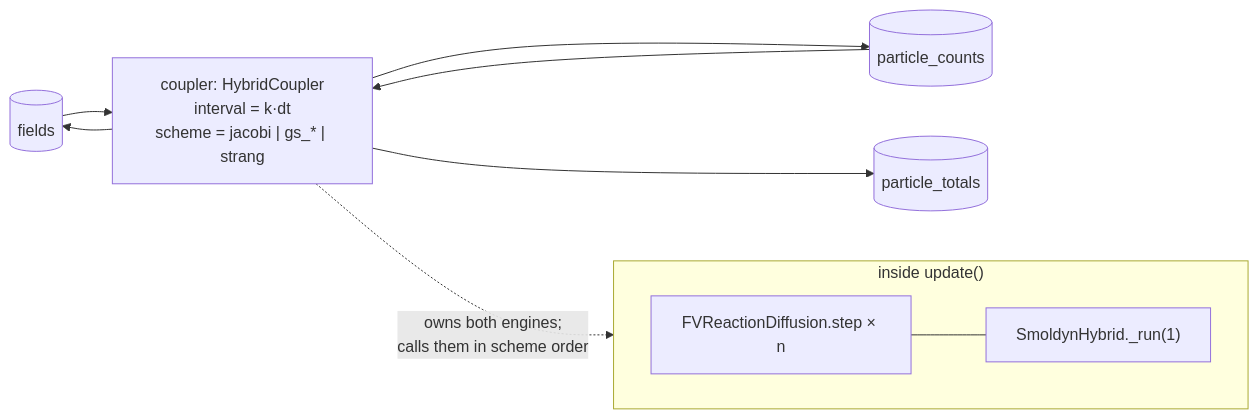
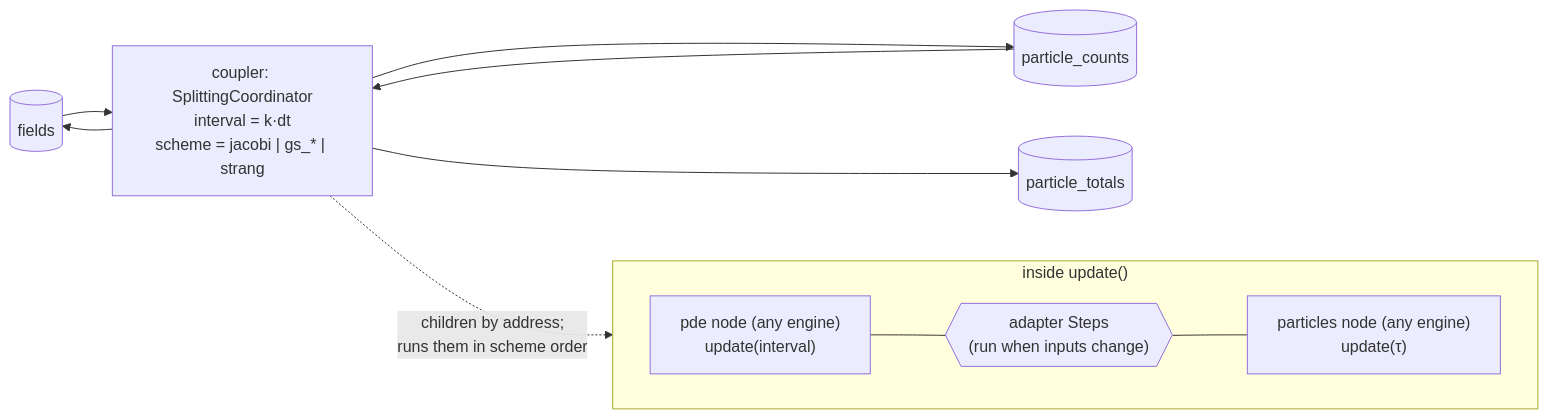
The third of 7 diagrams in docs/DESIGN.md (vivarium-collective/viva-pde-particle), drawn with Mermaid before and after one commit. The commit also changed other lines of this file and 12 other files, not shown here.

First line of the commit message:
feat(phase7d): generic SplittingCoordinator replaces HybridCoupler

````diff
--- a/docs/DESIGN.md
+++ b/docs/DESIGN.md
@@ -404,14 +411,14 @@
 ```mermaid
 flowchart LR
   F[("fields")] --> HC
   C[("particle_counts")] --> HC
-  HC["coupler: HybridCoupler<br/>interval = k·dt<br/>scheme = jacobi | gs_* | strang"]
+  HC["coupler: SplittingCoordinator<br/>interval = k·dt<br/>scheme = jacobi | gs_* | strang"]
   HC --> F
   HC --> C
   HC --> T[("particle_totals")]
   subgraph HC_inside["inside update()"]
     direction LR
-    E1["FVReactionDiffusion.step × n"] --- E2["SmoldynHybrid._run(1)"]
+    E1["pde node (any engine)<br/>update(interval)"] --- A1{{"adapter Steps<br/>(run when inputs change)"}} --- E2["particles node (any engine)<br/>update(τ)"]
   end
-  HC -. "owns both engines;<br/>calls them in scheme order" .-> HC_inside
+  HC -. "children by address;<br/>runs them in scheme order" .-> HC_inside
 ```
````
